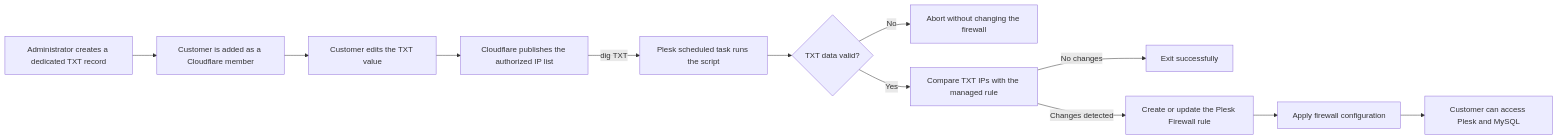
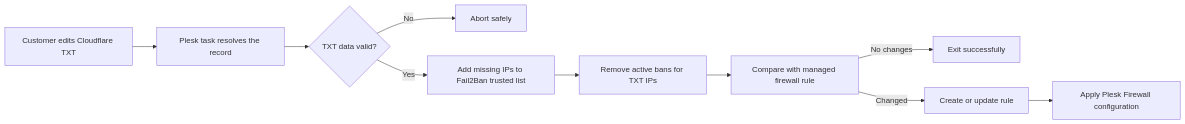
The diagram in README.md (sistemasdD/DDNS), drawn with Mermaid before and after one commit. The commit also changed other lines of this file, not shown here.

````diff
--- a/README.md
+++ b/README.md
@@ -72,14 +40,12 @@
 ```mermaid
 flowchart LR
-    A[Administrator creates a dedicated TXT record] --> B[Customer is added as a Cloudflare member]
-    B --> C[Customer edits the TXT value]
-    C --> D[Cloudflare publishes the authorized IP list]
-    D -->|dig TXT| E[Plesk scheduled task runs the script]
-    E --> F{TXT data valid?}
-    F -->|No| G[Abort without changing the firewall]
-    F -->|Yes| H[Compare TXT IPs with the managed rule]
-    H -->|No changes| I[Exit successfully]
-    H -->|Changes detected| J[Create or update the Plesk Firewall rule]
-    J --> K[Apply firewall configuration]
-    K --> L[Customer can access Plesk and MySQL]
+    A[Customer edits Cloudflare TXT] --> B[Plesk task resolves the record]
+    B --> C{TXT data valid?}
+    C -->|No| D[Abort safely]
+    C -->|Yes| E[Add missing IPs to Fail2Ban trusted list]
+    E --> F[Remove active bans for TXT IPs]
+    F --> G[Compare with managed firewall rule]
+    G -->|No changes| H[Exit successfully]
+    G -->|Changed| I[Create or update rule]
+    I --> J[Apply Plesk Firewall configuration]
 ```
````
